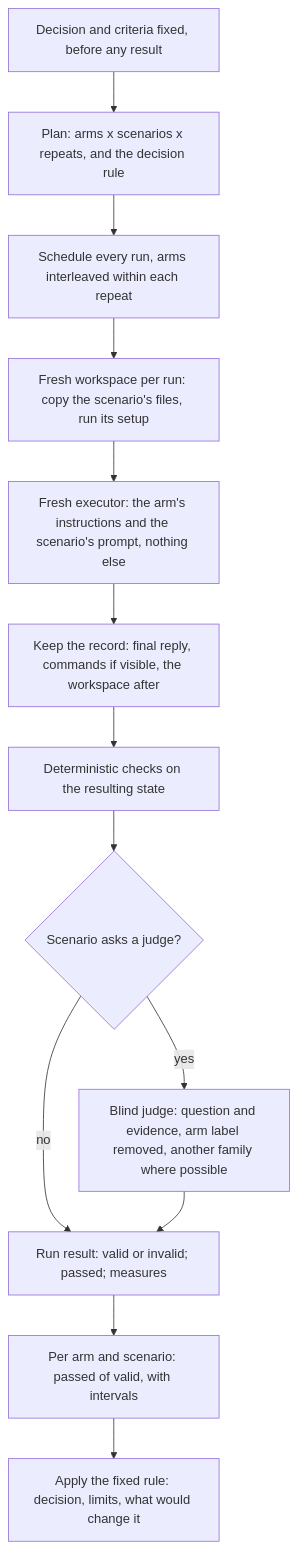
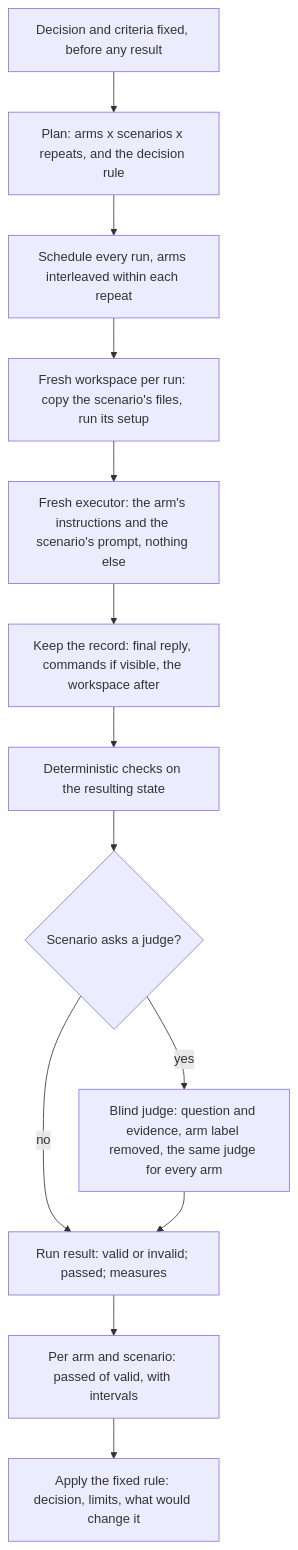
Before and after one commit to DevGuyRash/agent-tooling: the first of 2 diagrams in plugins/agentic-design-and-evaluation/skills/split-testing/references/trial-flow.md, drawn with Mermaid. The commit also changed 2 other files, not shown here.

Commit message:
fix(agentic-design-and-evaluation): trial docs and summary legend name every new invalid reason and field
The summary legend and trials.md now name not-exposed and exposure-unknown, the
summarize --json fields spent, units, and pairwise_withheld, and report's
scenario entries carry requires_exposure; trial-flow.md's diagram has one judge
for every arm.

````diff
--- a/plugins/agentic-design-and-evaluation/skills/split-testing/references/trial-flow.md
+++ b/plugins/agentic-design-and-evaluation/skills/split-testing/references/trial-flow.md
@@ -5,15 +5,15 @@
 ```mermaid
 flowchart TD
   Q["Decision and criteria fixed, before any result"] --> P["Plan: arms x scenarios x repeats, and the decision rule"]
   P --> S["Schedule every run, arms interleaved within each repeat"]
   S --> W["Fresh workspace per run: copy the scenario's files, run its setup"]
   W --> E["Fresh executor: the arm's instructions and the scenario's prompt, nothing else"]
   E --> R["Keep the record: final reply, commands if visible, the workspace after"]
   R --> C["Deterministic checks on the resulting state"]
   C --> J{"Scenario asks a judge?"}
-  J -- yes --> B["Blind judge: question and evidence, arm label removed, another family where possible"]
+  J -- yes --> B["Blind judge: question and evidence, arm label removed, the same judge for every arm"]
   J -- no --> V
   B --> V["Run result: valid or invalid; passed; measures"]
   V --> A["Per arm and scenario: passed of valid, with intervals"]
   A --> D["Apply the fixed rule: decision, limits, what would change it"]
 ```
````
